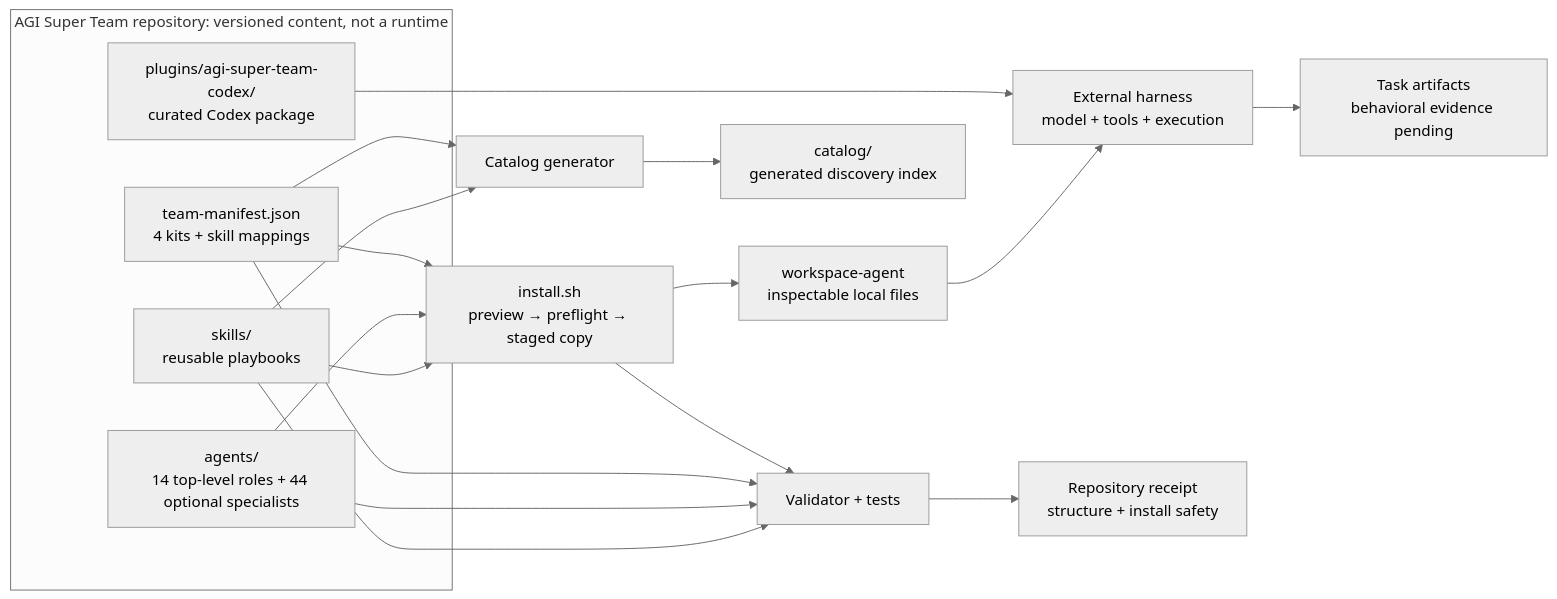
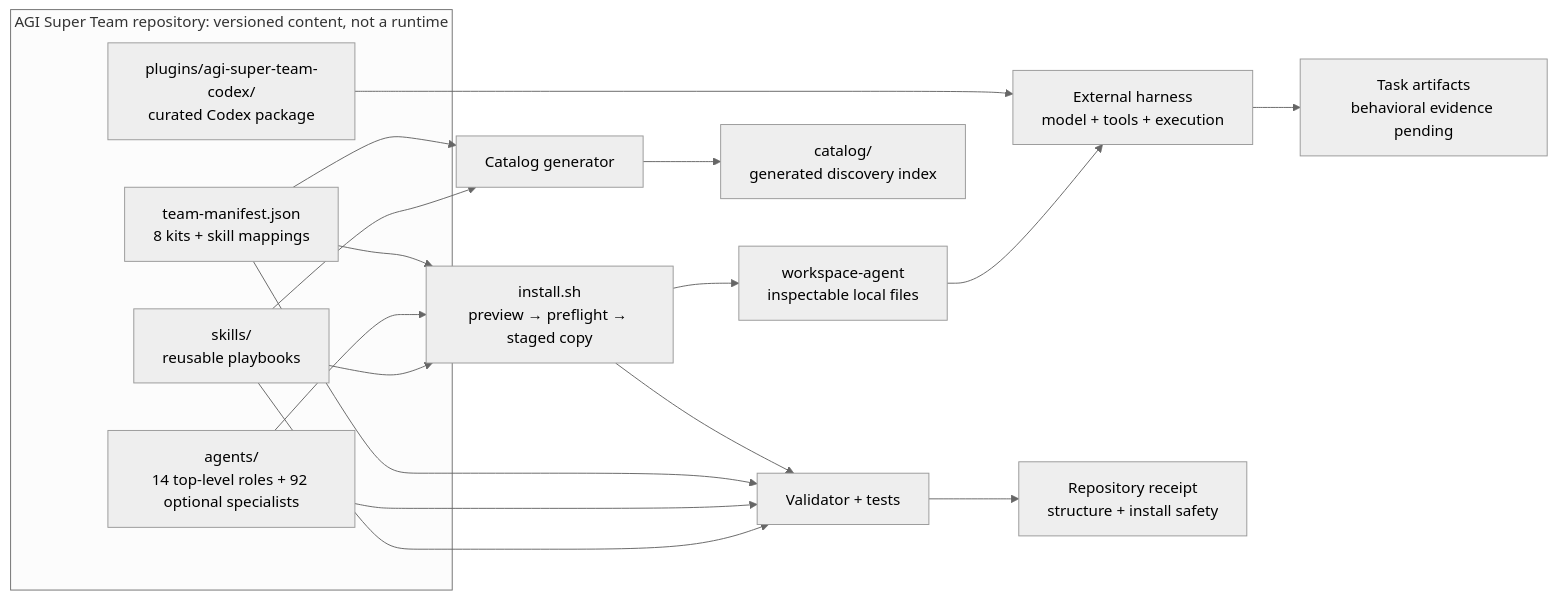
Before and after one commit to aAAaqwq/AGI-Super-Skills: the second of 2 diagrams in README.md, drawn with Mermaid (neutral theme). The commit also changed other lines of this file and 197 other files, not shown here.

````diff
--- a/README.md
+++ b/README.md
@@ -269,27 +269,27 @@
 ```mermaid
 flowchart LR
   subgraph R["AGI Super Team repository: versioned content, not a runtime"]
     S["skills/<br/>reusable playbooks"]
-    A["agents/<br/>14 top-level roles + 44 optional specialists"]
-    M["team-manifest.json<br/>4 kits + skill mappings"]
+    A["agents/<br/>14 top-level roles + 92 optional specialists"]
+    M["team-manifest.json<br/>8 kits + skill mappings"]
     C["plugins/agi-super-team-codex/<br/>curated Codex package"]
   end
 
   S --> I["install.sh<br/>preview → preflight → staged copy"]
   A --> I
   M --> I
   I --> W["workspace-agent<br/>inspectable local files"]
   W --> H["External harness<br/>model + tools + execution"]
   C --> H
   H --> O["Task artifacts<br/>behavioral evidence pending"]
 
   S --> G["Catalog generator"]
   M --> G
   G --> K["catalog/<br/>generated discovery index"]
 
   S --> V["Validator + tests"]
   A --> V
   M --> V
   I --> V
   V --> E["Repository receipt<br/>structure + install safety"]
 ```
````
